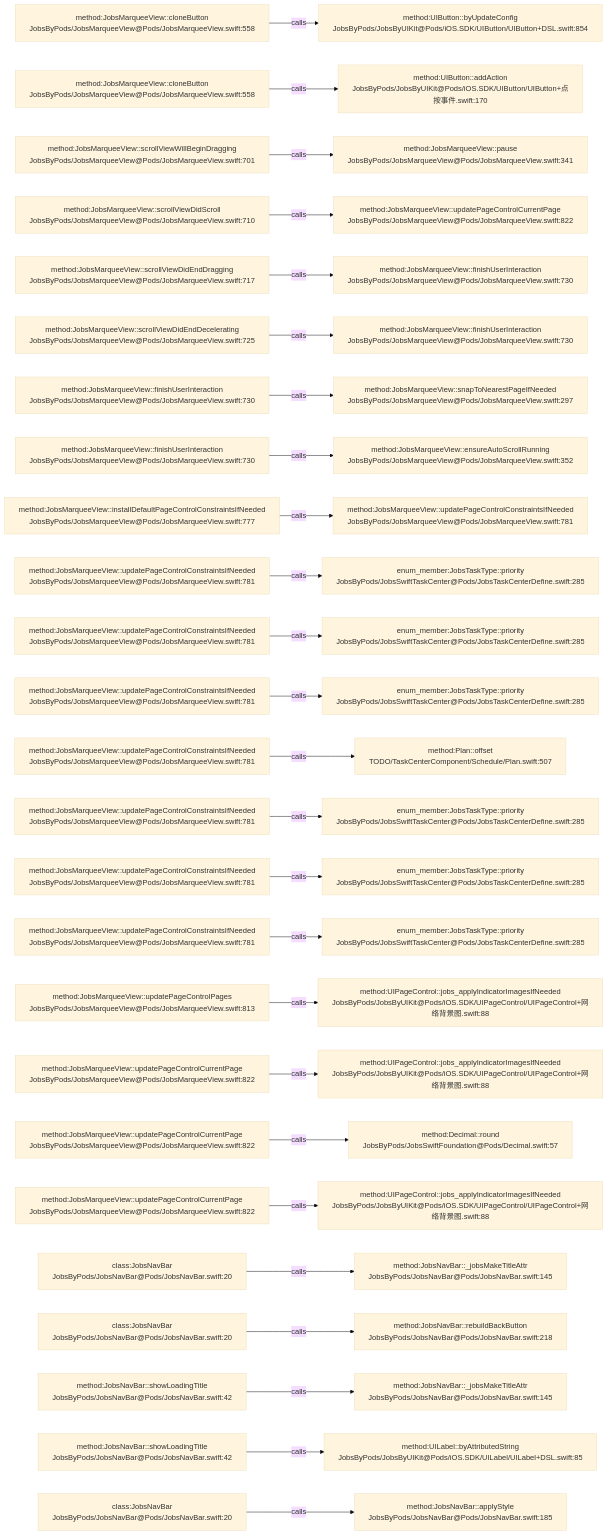
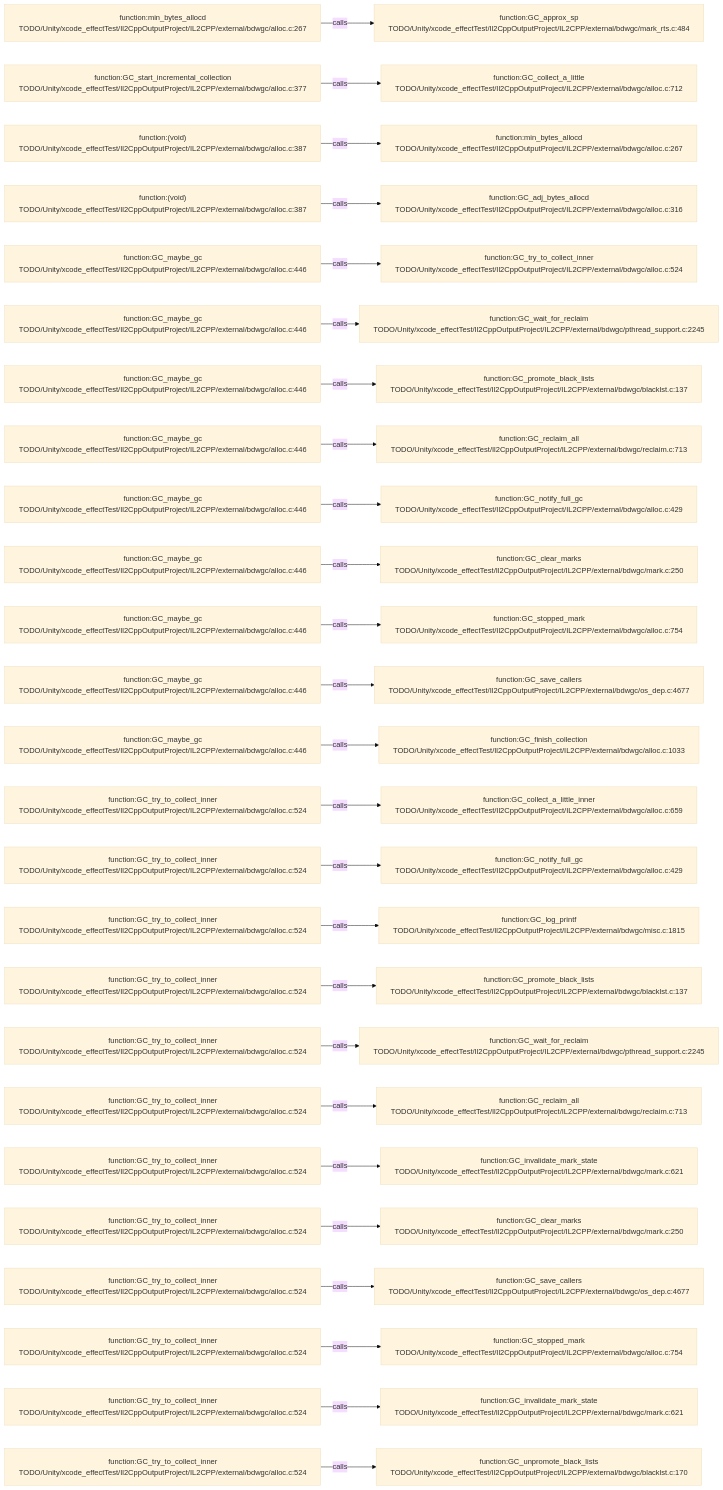
One commit to JobsKits/JobsSwiftBaseConfigDemo changed the diagram in .codegraph/codegraph.md/graphs/calls-144.md. Above: the diagram before and after it, drawn with Mermaid (base theme). The commit also changed 569 other files, not shown here.

````diff
--- a/.codegraph/codegraph.md/graphs/calls-144.md
+++ b/.codegraph/codegraph.md/graphs/calls-144.md
@@ -13,78 +13,78 @@
 ```mermaid
 flowchart LR
-  S1["method:JobsMarqueeView::cloneButton<br/>JobsByPods/JobsMarqueeView@Pods/JobsMarqueeView.swift:558"]
-  T1["method:UIButton::byUpdateConfig<br/>JobsByPods/JobsByUIKit@Pods/iOS.SDK/UIButton/UIButton+DSL.swift:854"]
+  S1["function:min_bytes_allocd<br/>TODO/Unity/xcode_effectTest/Il2CppOutputProject/IL2CPP/external/bdwgc/alloc.c:267"]
+  T1["function:GC_approx_sp<br/>TODO/Unity/xcode_effectTest/Il2CppOutputProject/IL2CPP/external/bdwgc/mark_rts.c:484"]
   S1 -->|calls| T1
-  S2["method:JobsMarqueeView::cloneButton<br/>JobsByPods/JobsMarqueeView@Pods/JobsMarqueeView.swift:558"]
-  T2["method:UIButton::addAction<br/>JobsByPods/JobsByUIKit@Pods/iOS.SDK/UIButton/UIButton+点按事件.swift:170"]
+  S2["function:GC_start_incremental_collection<br/>TODO/Unity/xcode_effectTest/Il2CppOutputProject/IL2CPP/external/bdwgc/alloc.c:377"]
+  T2["function:GC_collect_a_little<br/>TODO/Unity/xcode_effectTest/Il2CppOutputProject/IL2CPP/external/bdwgc/alloc.c:712"]
   S2 -->|calls| T2
-  S3["method:JobsMarqueeView::scrollViewWillBeginDragging<br/>JobsByPods/JobsMarqueeView@Pods/JobsMarqueeView.swift:701"]
-  T3["method:JobsMarqueeView::pause<br/>JobsByPods/JobsMarqueeView@Pods/JobsMarqueeView.swift:341"]
+  S3["function:(void)<br/>TODO/Unity/xcode_effectTest/Il2CppOutputProject/IL2CPP/external/bdwgc/alloc.c:387"]
+  T3["function:min_bytes_allocd<br/>TODO/Unity/xcode_effectTest/Il2CppOutputProject/IL2CPP/external/bdwgc/alloc.c:267"]
   S3 -->|calls| T3
-  S4["method:JobsMarqueeView::scrollViewDidScroll<br/>JobsByPods/JobsMarqueeView@Pods/JobsMarqueeView.swift:710"]
-  T4["method:JobsMarqueeView::updatePageControlCurrentPage<br/>JobsByPods/JobsMarqueeView@Pods/JobsMarqueeView.swift:822"]
+  S4["function:(void)<br/>TODO/Unity/xcode_effectTest/Il2CppOutputProject/IL2CPP/external/bdwgc/alloc.c:387"]
+  T4["function:GC_adj_bytes_allocd<br/>TODO/Unity/xcode_effectTest/Il2CppOutputProject/IL2CPP/external/bdwgc/alloc.c:316"]
   S4 -->|calls| T4
-  S5["method:JobsMarqueeView::scrollViewDidEndDragging<br/>JobsByPods/JobsMarqueeView@Pods/JobsMarqueeView.swift:717"]
-  T5["method:JobsMarqueeView::finishUserInteraction<br/>JobsByPods/JobsMarqueeView@Pods/JobsMarqueeView.swift:730"]
+  S5["function:GC_maybe_gc<br/>TODO/Unity/xcode_effectTest/Il2CppOutputProject/IL2CPP/external/bdwgc/alloc.c:446"]
+  T5["function:GC_try_to_collect_inner<br/>TODO/Unity/xcode_effectTest/Il2CppOutputProject/IL2CPP/external/bdwgc/alloc.c:524"]
   S5 -->|calls| T5
-  S6["method:JobsMarqueeView::scrollViewDidEndDecelerating<br/>JobsByPods/JobsMarqueeView@Pods/JobsMarqueeView.swift:725"]
-  T6["method:JobsMarqueeView::finishUserInteraction<br/>JobsByPods/JobsMarqueeView@Pods/JobsMarqueeView.swift:730"]
+  S6["function:GC_maybe_gc<br/>TODO/Unity/xcode_effectTest/Il2CppOutputProject/IL2CPP/external/bdwgc/alloc.c:446"]
+  T6["function:GC_wait_for_reclaim<br/>TODO/Unity/xcode_effectTest/Il2CppOutputProject/IL2CPP/external/bdwgc/pthread_support.c:2245"]
   S6 -->|calls| T6
-  S7["method:JobsMarqueeView::finishUserInteraction<br/>JobsByPods/JobsMarqueeView@Pods/JobsMarqueeView.swift:730"]
-  T7["method:JobsMarqueeView::snapToNearestPageIfNeeded<br/>JobsByPods/JobsMarqueeView@Pods/JobsMarqueeView.swift:297"]
+  S7["function:GC_maybe_gc<br/>TODO/Unity/xcode_effectTest/Il2CppOutputProject/IL2CPP/external/bdwgc/alloc.c:446"]
+  T7["function:GC_promote_black_lists<br/>TODO/Unity/xcode_effectTest/Il2CppOutputProject/IL2CPP/external/bdwgc/blacklst.c:137"]
   S7 -->|calls| T7
-  S8["method:JobsMarqueeView::finishUserInteraction<br/>JobsByPods/JobsMarqueeView@Pods/JobsMarqueeView.swift:730"]
-  T8["method:JobsMarqueeView::ensureAutoScrollRunning<br/>JobsByPods/JobsMarqueeView@Pods/JobsMarqueeView.swift:352"]
+  S8["function:GC_maybe_gc<br/>TODO/Unity/xcode_effectTest/Il2CppOutputProject/IL2CPP/external/bdwgc/alloc.c:446"]
+  T8["function:GC_reclaim_all<br/>TODO/Unity/xcode_effectTest/Il2CppOutputProject/IL2CPP/external/bdwgc/reclaim.c:713"]
   S8 -->|calls| T8
-  S9["method:JobsMarqueeView::installDefaultPageControlConstraintsIfNeeded<br/>JobsByPods/JobsMarqueeView@Pods/JobsMarqueeView.swift:777"]
-  T9["method:JobsMarqueeView::updatePageControlConstraintsIfNeeded<br/>JobsByPods/JobsMarqueeView@Pods/JobsMarqueeView.swift:781"]
+  S9["function:GC_maybe_gc<br/>TODO/Unity/xcode_effectTest/Il2CppOutputProject/IL2CPP/external/bdwgc/alloc.c:446"]
+  T9["function:GC_notify_full_gc<br/>TODO/Unity/xcode_effectTest/Il2CppOutputProject/IL2CPP/external/bdwgc/alloc.c:429"]
   S9 -->|calls| T9
-  S10["method:JobsMarqueeView::updatePageControlConstraintsIfNeeded<br/>JobsByPods/JobsMarqueeView@Pods/JobsMarqueeView.swift:781"]
-  T10["enum_member:JobsTaskType::priority<br/>JobsByPods/JobsSwiftTaskCenter@Pods/JobsTaskCenterDefine.swift:285"]
+  S10["function:GC_maybe_gc<br/>TODO/Unity/xcode_effectTest/Il2CppOutputProject/IL2CPP/external/bdwgc/alloc.c:446"]
+  T10["function:GC_clear_marks<br/>TODO/Unity/xcode_effectTest/Il2CppOutputProject/IL2CPP/external/bdwgc/mark.c:250"]
   S10 -->|calls| T10
-  S11["method:JobsMarqueeView::updatePageControlConstraintsIfNeeded<br/>JobsByPods/JobsMarqueeView@Pods/JobsMarqueeView.swift:781"]
-  T11["enum_member:JobsTaskType::priority<br/>JobsByPods/JobsSwiftTaskCenter@Pods/JobsTaskCenterDefine.swift:285"]
+  S11["function:GC_maybe_gc<br/>TODO/Unity/xcode_effectTest/Il2CppOutputProject/IL2CPP/external/bdwgc/alloc.c:446"]
+  T11["function:GC_stopped_mark<br/>TODO/Unity/xcode_effectTest/Il2CppOutputProject/IL2CPP/external/bdwgc/alloc.c:754"]
   S11 -->|calls| T11
-  S12["method:JobsMarqueeView::updatePageControlConstraintsIfNeeded<br/>JobsByPods/JobsMarqueeView@Pods/JobsMarqueeView.swift:781"]
-  T12["enum_member:JobsTaskType::priority<br/>JobsByPods/JobsSwiftTaskCenter@Pods/JobsTaskCenterDefine.swift:285"]
+  S12["function:GC_maybe_gc<br/>TODO/Unity/xcode_effectTest/Il2CppOutputProject/IL2CPP/external/bdwgc/alloc.c:446"]
+  T12["function:GC_save_callers<br/>TODO/Unity/xcode_effectTest/Il2CppOutputProject/IL2CPP/external/bdwgc/os_dep.c:4677"]
   S12 -->|calls| T12
-  S13["method:JobsMarqueeView::updatePageControlConstraintsIfNeeded<br/>JobsByPods/JobsMarqueeView@Pods/JobsMarqueeView.swift:781"]
-  T13["method:Plan::offset<br/>TODO/TaskCenterComponent/Schedule/Plan.swift:507"]
+  S13["function:GC_maybe_gc<br/>TODO/Unity/xcode_effectTest/Il2CppOutputProject/IL2CPP/external/bdwgc/alloc.c:446"]
+  T13["function:GC_finish_collection<br/>TODO/Unity/xcode_effectTest/Il2CppOutputProject/IL2CPP/external/bdwgc/alloc.c:1033"]
   S13 -->|calls| T13
-  S14["method:JobsMarqueeView::updatePageControlConstraintsIfNeeded<br/>JobsByPods/JobsMarqueeView@Pods/JobsMarqueeView.swift:781"]
-  T14["enum_member:JobsTaskType::priority<br/>JobsByPods/JobsSwiftTaskCenter@Pods/JobsTaskCenterDefine.swift:285"]
+  S14["function:GC_try_to_collect_inner<br/>TODO/Unity/xcode_effectTest/Il2CppOutputProject/IL2CPP/external/bdwgc/alloc.c:524"]
+  T14["function:GC_collect_a_little_inner<br/>TODO/Unity/xcode_effectTest/Il2CppOutputProject/IL2CPP/external/bdwgc/alloc.c:659"]
   S14 -->|calls| T14
-  S15["method:JobsMarqueeView::updatePageControlConstraintsIfNeeded<br/>JobsByPods/JobsMarqueeView@Pods/JobsMarqueeView.swift:781"]
-  T15["enum_member:JobsTaskType::priority<br/>JobsByPods/JobsSwiftTaskCenter@Pods/JobsTaskCenterDefine.swift:285"]
+  S15["function:GC_try_to_collect_inner<br/>TODO/Unity/xcode_effectTest/Il2CppOutputProject/IL2CPP/external/bdwgc/alloc.c:524"]
+  T15["function:GC_notify_full_gc<br/>TODO/Unity/xcode_effectTest/Il2CppOutputProject/IL2CPP/external/bdwgc/alloc.c:429"]
   S15 -->|calls| T15
-  S16["method:JobsMarqueeView::updatePageControlConstraintsIfNeeded<br/>JobsByPods/JobsMarqueeView@Pods/JobsMarqueeView.swift:781"]
-  T16["enum_member:JobsTaskType::priority<br/>JobsByPods/JobsSwiftTaskCenter@Pods/JobsTaskCenterDefine.swift:285"]
+  S16["function:GC_try_to_collect_inner<br/>TODO/Unity/xcode_effectTest/Il2CppOutputProject/IL2CPP/external/bdwgc/alloc.c:524"]
+  T16["function:GC_log_printf<br/>TODO/Unity/xcode_effectTest/Il2CppOutputProject/IL2CPP/external/bdwgc/misc.c:1815"]
   S16 -->|calls| T16
-  S17["method:JobsMarqueeView::updatePageControlPages<br/>JobsByPods/JobsMarqueeView@Pods/JobsMarqueeView.swift:813"]
-  T17["method:UIPageControl::jobs_applyIndicatorImagesIfNeeded<br/>JobsByPods/JobsByUIKit@Pods/iOS.SDK/UIPageControl/UIPageControl+网络背景图.swift:88"]
+  S17["function:GC_try_to_collect_inner<br/>TODO/Unity/xcode_effectTest/Il2CppOutputProject/IL2CPP/external/bdwgc/alloc.c:524"]
+  T17["function:GC_promote_black_lists<br/>TODO/Unity/xcode_effectTest/Il2CppOutputProject/IL2CPP/external/bdwgc/blacklst.c:137"]
   S17 -->|calls| T17
-  S18["method:JobsMarqueeView::updatePageControlCurrentPage<br/>JobsByPods/JobsMarqueeView@Pods/JobsMarqueeView.swift:822"]
-  T18["method:UIPageControl::jobs_applyIndicatorImagesIfNeeded<br/>JobsByPods/JobsByUIKit@Pods/iOS.SDK/UIPageControl/UIPageControl+网络背景图.swift:88"]
+  S18["function:GC_try_to_collect_inner<br/>TODO/Unity/xcode_effectTest/Il2CppOutputProject/IL2CPP/external/bdwgc/alloc.c:524"]
+  T18["function:GC_wait_for_reclaim<br/>TODO/Unity/xcode_effectTest/Il2CppOutputProject/IL2CPP/external/bdwgc/pthread_support.c:2245"]
   S18 -->|calls| T18
-  S19["method:JobsMarqueeView::updatePageControlCurrentPage<br/>JobsByPods/JobsMarqueeView@Pods/JobsMarqueeView.swift:822"]
-  T19["method:Decimal::round<br/>JobsByPods/JobsSwiftFoundation@Pods/Decimal.swift:57"]
+  S19["function:GC_try_to_collect_inner<br/>TODO/Unity/xcode_effectTest/Il2CppOutputProject/IL2CPP/external/bdwgc/alloc.c:524"]
+  T19["function:GC_reclaim_all<br/>TODO/Unity/xcode_effectTest/Il2CppOutputProject/IL2CPP/external/bdwgc/reclaim.c:713"]
   S19 -->|calls| T19
-  S20["method:JobsMarqueeView::updatePageControlCurrentPage<br/>JobsByPods/JobsMarqueeView@Pods/JobsMarqueeView.swift:822"]
-  T20["method:UIPageControl::jobs_applyIndicatorImagesIfNeeded<br/>JobsByPods/JobsByUIKit@Pods/iOS.SDK/UIPageControl/UIPageControl+网络背景图.swift:88"]
+  S20["function:GC_try_to_collect_inner<br/>TODO/Unity/xcode_effectTest/Il2CppOutputProject/IL2CPP/external/bdwgc/alloc.c:524"]
+  T20["function:GC_invalidate_mark_state<br/>TODO/Unity/xcode_effectTest/Il2CppOutputProject/IL2CPP/external/bdwgc/mark.c:621"]
   S20 -->|calls| T20
-  S21["class:JobsNavBar<br/>JobsByPods/JobsNavBar@Pods/JobsNavBar.swift:20"]
-  T21["method:JobsNavBar::_jobsMakeTitleAttr<br/>JobsByPods/JobsNavBar@Pods/JobsNavBar.swift:145"]
+  S21["function:GC_try_to_collect_inner<br/>TODO/Unity/xcode_effectTest/Il2CppOutputProject/IL2CPP/external/bdwgc/alloc.c:524"]
+  T21["function:GC_clear_marks<br/>TODO/Unity/xcode_effectTest/Il2CppOutputProject/IL2CPP/external/bdwgc/mark.c:250"]
   S21 -->|calls| T21
-  S22["class:JobsNavBar<br/>JobsByPods/JobsNavBar@Pods/JobsNavBar.swift:20"]
-  T22["method:JobsNavBar::rebuildBackButton<br/>JobsByPods/JobsNavBar@Pods/JobsNavBar.swift:218"]
+  S22["function:GC_try_to_collect_inner<br/>TODO/Unity/xcode_effectTest/Il2CppOutputProject/IL2CPP/external/bdwgc/alloc.c:524"]
+  T22["function:GC_save_callers<br/>TODO/Unity/xcode_effectTest/Il2CppOutputProject/IL2CPP/external/bdwgc/os_dep.c:4677"]
   S22 -->|calls| T22
-  S23["method:JobsNavBar::showLoadingTitle<br/>JobsByPods/JobsNavBar@Pods/JobsNavBar.swift:42"]
-  T23["method:JobsNavBar::_jobsMakeTitleAttr<br/>JobsByPods/JobsNavBar@Pods/JobsNavBar.swift:145"]
+  S23["function:GC_try_to_collect_inner<br/>TODO/Unity/xcode_effectTest/Il2CppOutputProject/IL2CPP/external/bdwgc/alloc.c:524"]
+  T23["function:GC_stopped_mark<br/>TODO/Unity/xcode_effectTest/Il2CppOutputProject/IL2CPP/external/bdwgc/alloc.c:754"]
   S23 -->|calls| T23
-  S24["method:JobsNavBar::showLoadingTitle<br/>JobsByPods/JobsNavBar@Pods/JobsNavBar.swift:42"]
-  T24["method:UILabel::byAttributedString<br/>JobsByPods/JobsByUIKit@Pods/iOS.SDK/UILabel/UILabel+DSL.swift:85"]
+  S24["function:GC_try_to_collect_inner<br/>TODO/Unity/xcode_effectTest/Il2CppOutputProject/IL2CPP/external/bdwgc/alloc.c:524"]
+  T24["function:GC_invalidate_mark_state<br/>TODO/Unity/xcode_effectTest/Il2CppOutputProject/IL2CPP/external/bdwgc/mark.c:621"]
   S24 -->|calls| T24
-  S25["class:JobsNavBar<br/>JobsByPods/JobsNavBar@Pods/JobsNavBar.swift:20"]
-  T25["method:JobsNavBar::applyStyle<br/>JobsByPods/JobsNavBar@Pods/JobsNavBar.swift:185"]
+  S25["function:GC_try_to_collect_inner<br/>TODO/Unity/xcode_effectTest/Il2CppOutputProject/IL2CPP/external/bdwgc/alloc.c:524"]
+  T25["function:GC_unpromote_black_lists<br/>TODO/Unity/xcode_effectTest/Il2CppOutputProject/IL2CPP/external/bdwgc/blacklst.c:170"]
   S25 -->|calls| T25
 ```
````
